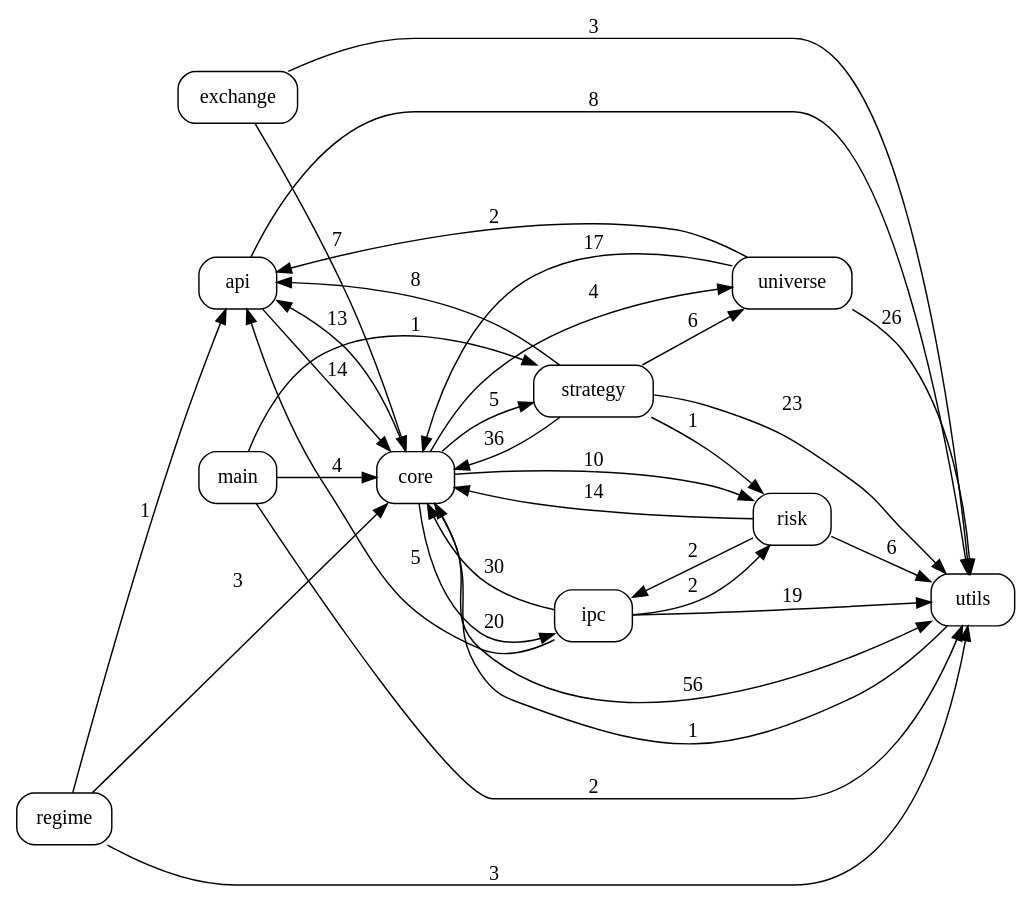
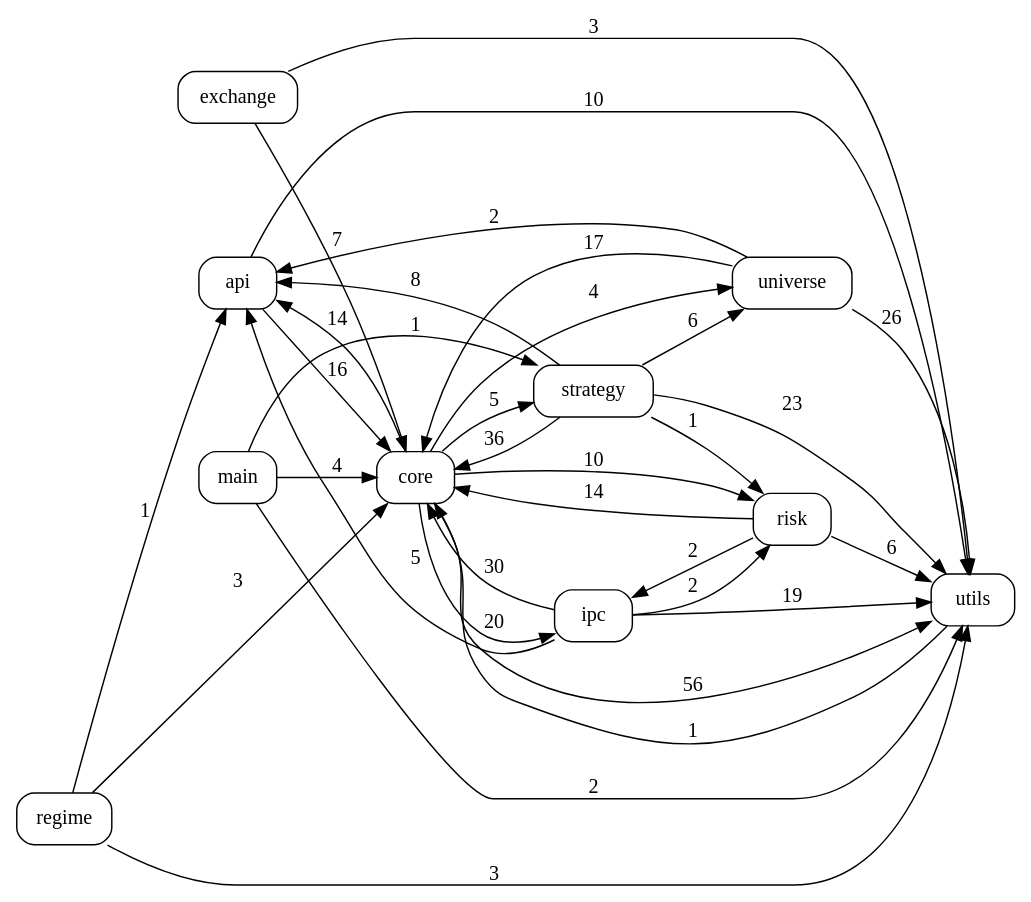
Before and after one commit to pypy8171/Quant: the diagram in docs/code_graph.dot, drawn with Graphviz. The commit also changed 14 other files, not shown here.

```diff
--- a/docs/code_graph.dot
+++ b/docs/code_graph.dot
@@ -1,46 +1,46 @@
 digraph code_graph {
   rankdir=LR;
   node [shape=box, style=rounded, fontname="Consolas"];
   "api";
   "core";
   "exchange";
   "ipc";
   "main";
   "regime";
   "risk";
   "strategy";
   "universe";
   "utils";
-  "api" -> "core" [label="14"];
-  "api" -> "utils" [label="8"];
-  "core" -> "api" [label="13"];
+  "api" -> "core" [label="16"];
+  "api" -> "utils" [label="10"];
+  "core" -> "api" [label="14"];
   "core" -> "ipc" [label="20"];
   "core" -> "risk" [label="10"];
   "core" -> "strategy" [label="5"];
   "core" -> "universe" [label="4"];
   "core" -> "utils" [label="56"];
   "exchange" -> "core" [label="7"];
   "exchange" -> "utils" [label="3"];
   "ipc" -> "api" [label="5"];
   "ipc" -> "core" [label="30"];
   "ipc" -> "risk" [label="2"];
   "ipc" -> "utils" [label="19"];
   "main" -> "core" [label="4"];
   "main" -> "strategy" [label="1"];
   "main" -> "utils" [label="2"];
   "regime" -> "api" [label="1"];
   "regime" -> "core" [label="3"];
   "regime" -> "utils" [label="3"];
   "risk" -> "core" [label="14"];
   "risk" -> "ipc" [label="2"];
   "risk" -> "utils" [label="6"];
   "strategy" -> "api" [label="8"];
   "strategy" -> "core" [label="36"];
   "strategy" -> "risk" [label="1"];
   "strategy" -> "universe" [label="6"];
   "strategy" -> "utils" [label="23"];
   "universe" -> "api" [label="2"];
   "universe" -> "core" [label="17"];
   "universe" -> "utils" [label="26"];
   "utils" -> "core" [label="1"];
 }
```
